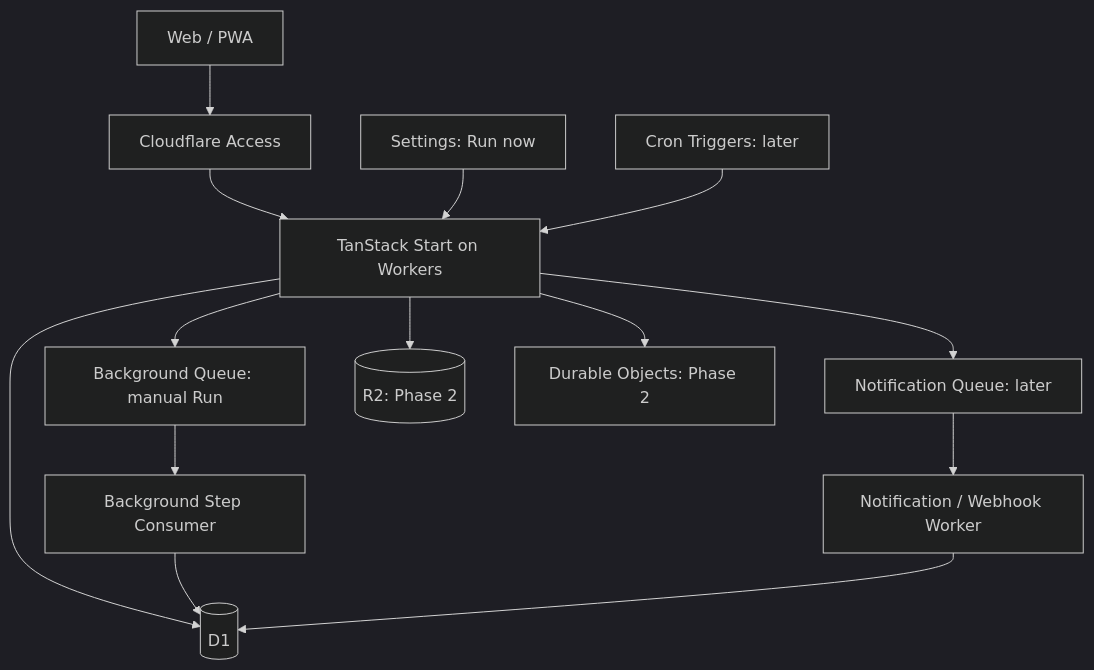
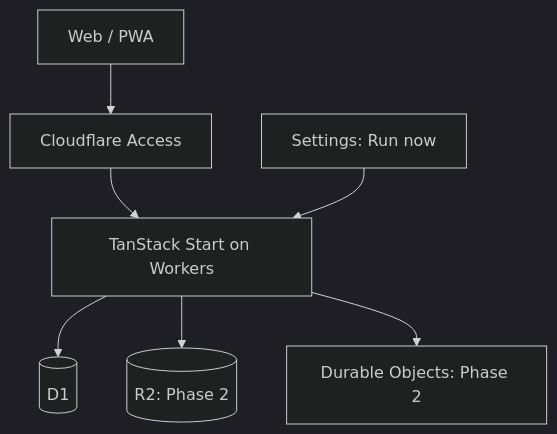
The first of 2 diagrams in docs/requirements/04-architecture.md (yushi265/orbit), drawn with Mermaid (dark theme) before and after one commit. The commit also changed other lines of this file and 15 other files, not shown here.

````diff
--- a/docs/requirements/04-architecture.md
+++ b/docs/requirements/04-architecture.md
@@ -36,16 +37,9 @@
 ```mermaid
 flowchart TD
   U[Web / PWA] --> A[Cloudflare Access]
   A --> W[TanStack Start on Workers]
   M[Settings: Run now] --> W
   W --> D[(D1)]
-  W --> QB[Background Queue: manual Run]
-  W --> QN[Notification Queue: later]
   W --> R[(R2: Phase 2)]
   W --> O[Durable Objects: Phase 2]
-  C[Cron Triggers: later] --> W
-  QB --> B[Background Step Consumer]
-  B --> D
-  QN --> N[Notification / Webhook Worker]
-  N --> D
 ```
````
